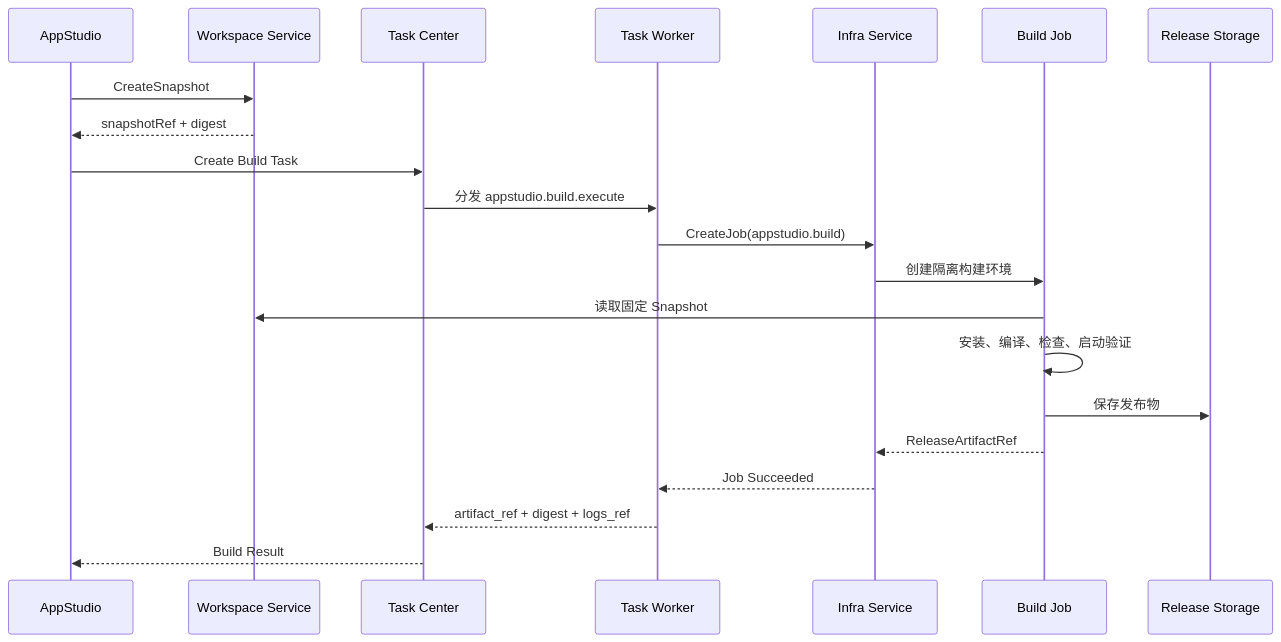
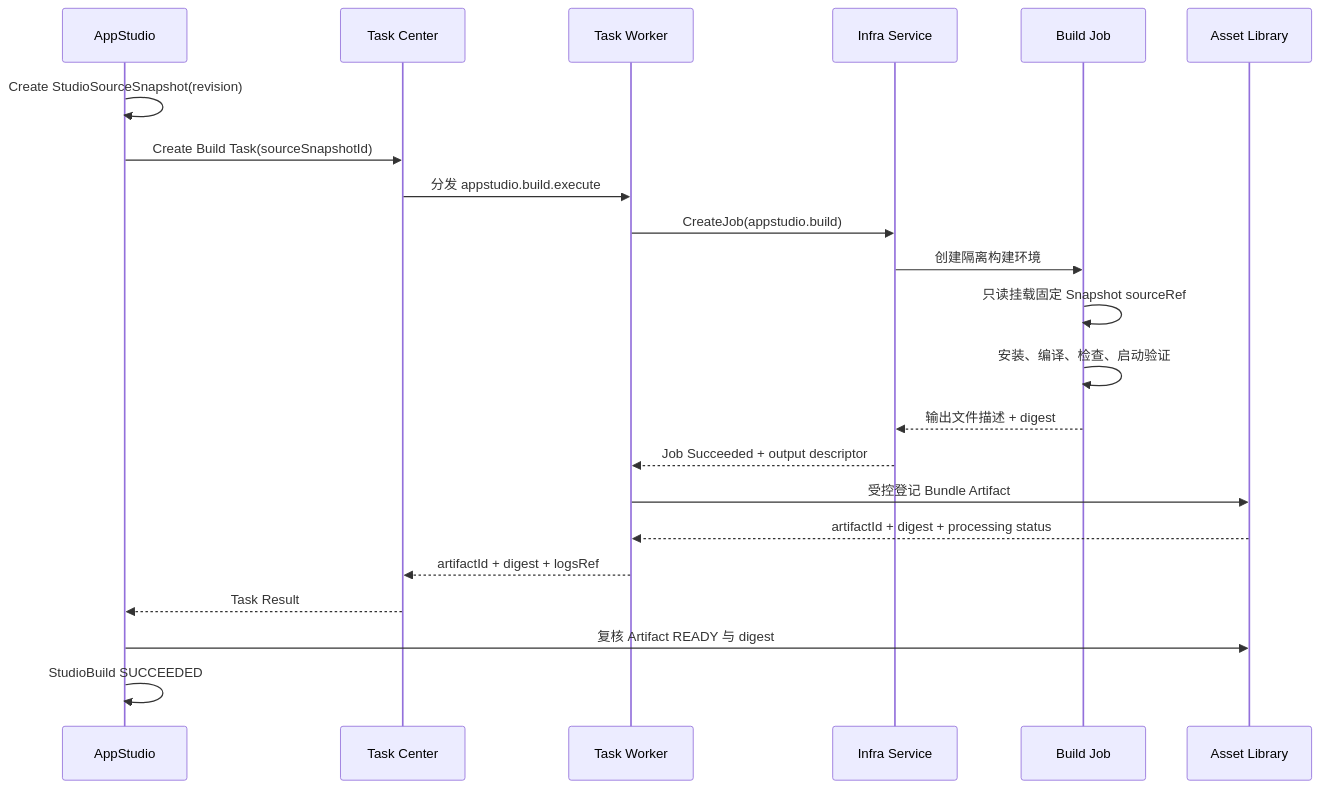
The sixth of 11 diagrams in 00_product/domains/appstudio/product-spec.md (wangweihong/omnimam-spec), drawn with Mermaid before and after one commit. The commit also changed other lines of this file and 38 other files, not shown here.

Commit message:
spec: release agent appstudio infrastructure task registry

````diff
--- a/00_product/domains/appstudio/product-spec.md
+++ b/00_product/domains/appstudio/product-spec.md
@@ -1329,25 +1366,26 @@
 ```mermaid
 sequenceDiagram
     participant ST as AppStudio
-    participant WS as Workspace Service
     participant TC as Task Center
     participant TW as Task Worker
     participant INFRA as Infra Service
     participant BJ as Build Job
-    participant RS as Release Storage
+    participant AL as Asset Library
 
-    ST->>WS: CreateSnapshot
-    WS-->>ST: snapshotRef + digest
+    ST->>ST: Create StudioSourceSnapshot(revision)
 
-    ST->>TC: Create Build Task
+    ST->>TC: Create Build Task(sourceSnapshotId)
     TC->>TW: 分发 appstudio.build.execute
     TW->>INFRA: CreateJob(appstudio.build)
     INFRA->>BJ: 创建隔离构建环境
-    BJ->>WS: 读取固定 Snapshot
+    BJ->>BJ: 只读挂载固定 Snapshot sourceRef
     BJ->>BJ: 安装、编译、检查、启动验证
-    BJ->>RS: 保存发布物
-    BJ-->>INFRA: ReleaseArtifactRef
-    INFRA-->>TW: Job Succeeded
-    TW-->>TC: artifact_ref + digest + logs_ref
-    TC-->>ST: Build Result
+    BJ-->>INFRA: 输出文件描述 + digest
+    INFRA-->>TW: Job Succeeded + output descriptor
+    TW->>AL: 受控登记 Bundle Artifact
+    AL-->>TW: artifactId + digest + processing status
+    TW-->>TC: artifactId + digest + logsRef
+    TC-->>ST: Task Result
+    ST->>AL: 复核 Artifact READY 与 digest
+    ST->>ST: StudioBuild SUCCEEDED
 ```
````
